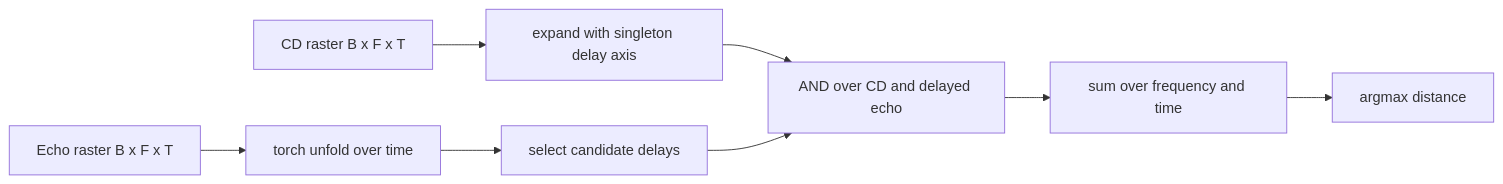
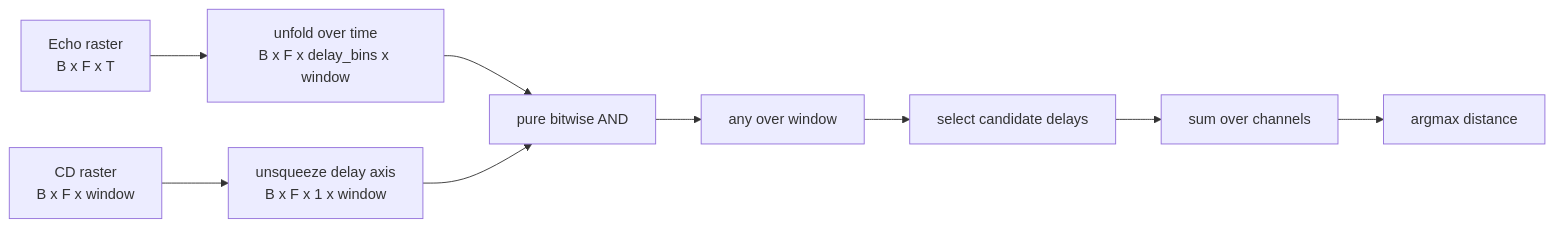
The diagram in distance_pathway/reports/binary_clean_optimisation.md (jackhenry02/Radar_SNN_4), drawn with Mermaid before and after one commit. The commit also changed other lines of this file and 5 other files, not shown here.

````diff
--- a/distance_pathway/reports/binary_clean_optimisation.md
+++ b/distance_pathway/reports/binary_clean_optimisation.md
@@ -9,10 +9,11 @@
 ```mermaid
 flowchart LR
-    A[CD raster B x F x T] --> C[expand with singleton delay axis]
-    B[Echo raster B x F x T] --> D[torch unfold over time]
-    D --> E[select candidate delays]
-    C --> F[AND over CD and delayed echo]
-    E --> F
-    F --> G[sum over frequency and time]
-    G --> H[argmax distance]
+    A[Echo raster<br/>B x F x T] --> B[unfold over time<br/>B x F x delay_bins x window]
+    C[CD raster<br/>B x F x window] --> D[unsqueeze delay axis<br/>B x F x 1 x window]
+    B --> E[pure bitwise AND]
+    D --> E
+    E --> F[any over window]
+    F --> G[select candidate delays]
+    G --> H[sum over channels]
+    H --> I[argmax distance]
 ```
````
